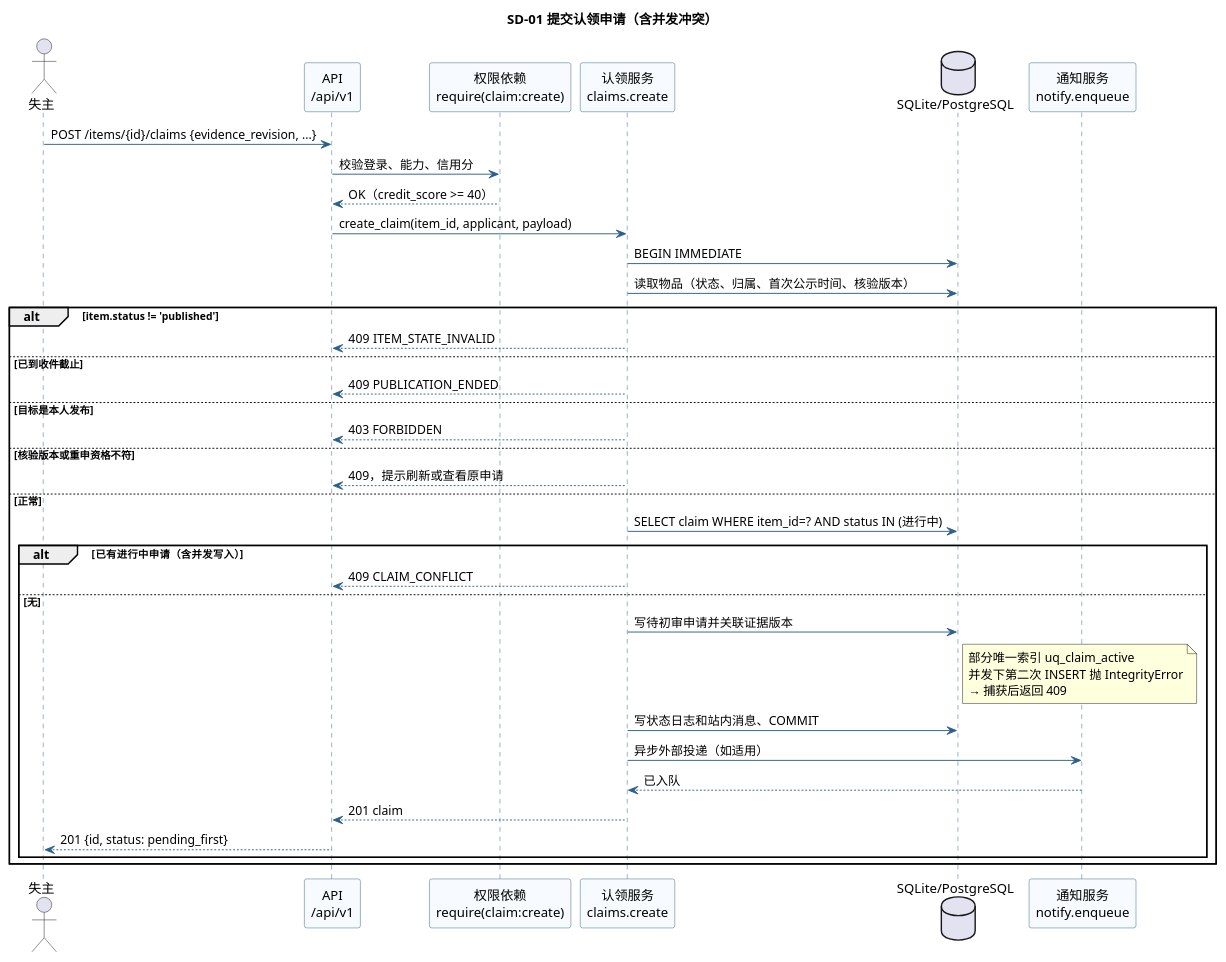
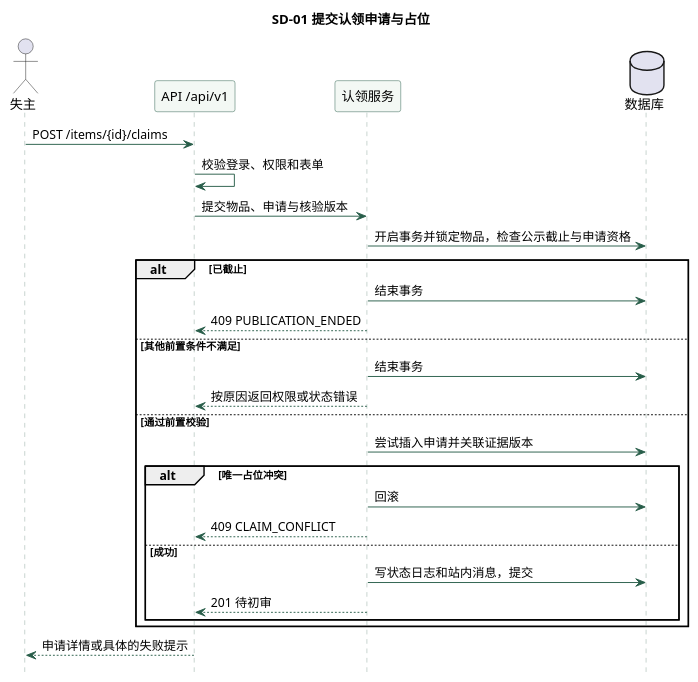
Before and after one commit to phao90016-jpg/Tongji-campus-lost-found: the diagram in models/sequence/sd01-submit-claim.puml, drawn with PlantUML. The commit also changed 30 other files, not shown here.

Commit message:
docs: 修正用例图和通知时序图

```diff
--- a/models/sequence/sd01-submit-claim.puml
+++ b/models/sequence/sd01-submit-claim.puml
@@ -1,59 +1,40 @@
 @startuml sd01-submit-claim
-' ============================================================
-' SD-01 提交认领申请（含并发冲突）
-' 对应 SRS §4.2、详细设计 构件 2
-' 重点：部分唯一索引 uq_claim_active 保证同一物品只有一条进行中申请
-' ============================================================
-title SD-01 提交认领申请（含并发冲突）
-
-skinparam defaultFontName "Microsoft YaHei"
+title SD-01 提交认领申请与占位
+skinparam defaultFontName "PingFang SC"
 skinparam shadowing false
+hide footbox
 skinparam sequence {
-  ArrowColor #2C5F8A
-  LifeLineBorderColor #2C5F8A
-  ParticipantBackgroundColor #F7FBFF
-  ParticipantBorderColor #2C5F8A
+  ArrowColor #285D49
+  LifeLineBorderColor #8CA69A
+  ParticipantBackgroundColor #F3F8F4
+  ParticipantBorderColor #285D49
 }
 
+
 actor "失主" as U
-participant "API\n/api/v1" as API
-participant "权限依赖\nrequire(claim:create)" as AUTH
-participant "认领服务\nclaims.create" as SVC
-database "SQLite/PostgreSQL" as DB
-participant "通知服务\nnotify.enqueue" as NOTIFY
+participant "API /api/v1" as API
+participant "认领服务" as SVC
+database "数据库" as DB
 
-U -> API : POST /items/{id}/claims {evidence_revision, ...}
-API -> AUTH : 校验登录、能力、信用分
-AUTH --> API : OK（credit_score >= 40）
-API -> SVC : create_claim(item_id, applicant, payload)
-
-SVC -> DB : BEGIN IMMEDIATE
-SVC -> DB : 读取物品（状态、归属、首次公示时间、核验版本）
-alt item.status != 'published'
-  SVC --> API : 409 ITEM_STATE_INVALID
-else 已到收件截止
+U -> API : POST /items/{id}/claims
+API -> API : 校验登录、权限和表单
+API -> SVC : 提交物品、申请与核验版本
+SVC -> DB : 开启事务并锁定物品，检查公示截止与申请资格
+alt 已截止
+  SVC -> DB : 结束事务
   SVC --> API : 409 PUBLICATION_ENDED
-else 目标是本人发布
-  SVC --> API : 403 FORBIDDEN
-else 核验版本或重申资格不符
-  SVC --> API : 409，提示刷新或查看原申请
-else 正常
-  SVC -> DB : SELECT claim WHERE item_id=? AND status IN (进行中)
-  alt 已有进行中申请（含并发写入）
+else 其他前置条件不满足
+  SVC -> DB : 结束事务
+  SVC --> API : 按原因返回权限或状态错误
+else 通过前置校验
+  SVC -> DB : 尝试插入申请并关联证据版本
+  alt 唯一占位冲突
+    SVC -> DB : 回滚
     SVC --> API : 409 CLAIM_CONFLICT
-  else 无
-    SVC -> DB : 写待初审申请并关联证据版本
-    Note right of DB
-      部分唯一索引 uq_claim_active
-      并发下第二次 INSERT 抛 IntegrityError
-      → 捕获后返回 409
-    end note
-    SVC -> DB : 写状态日志和站内消息、COMMIT
-    SVC -> NOTIFY : 异步外部投递（如适用）
-    NOTIFY --> SVC : 已入队
-    SVC --> API : 201 claim
-    API --> U : 201 {id, status: pending_first}
+  else 成功
+    SVC -> DB : 写状态日志和站内消息，提交
+    SVC --> API : 201 待初审
   end
 end
-
+API --> U : 申请详情或具体的失败提示
 @enduml
```
